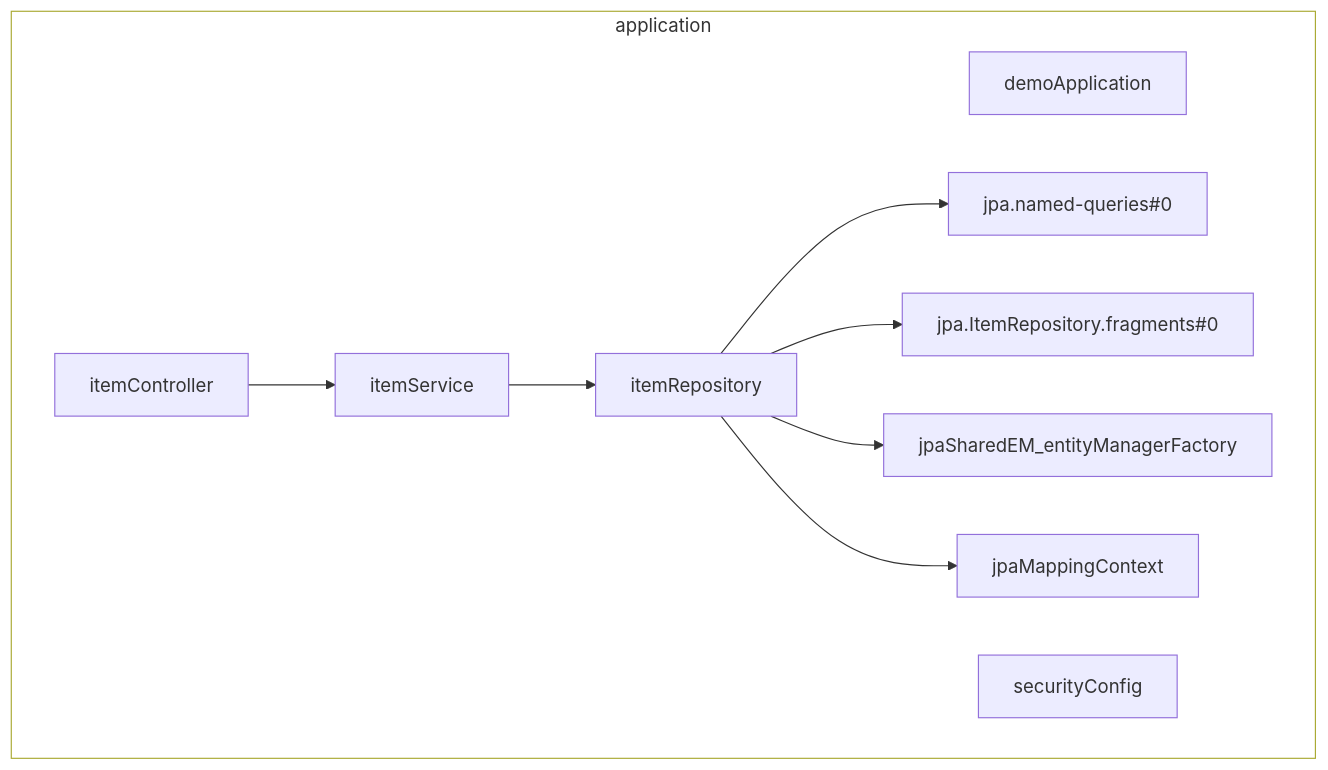
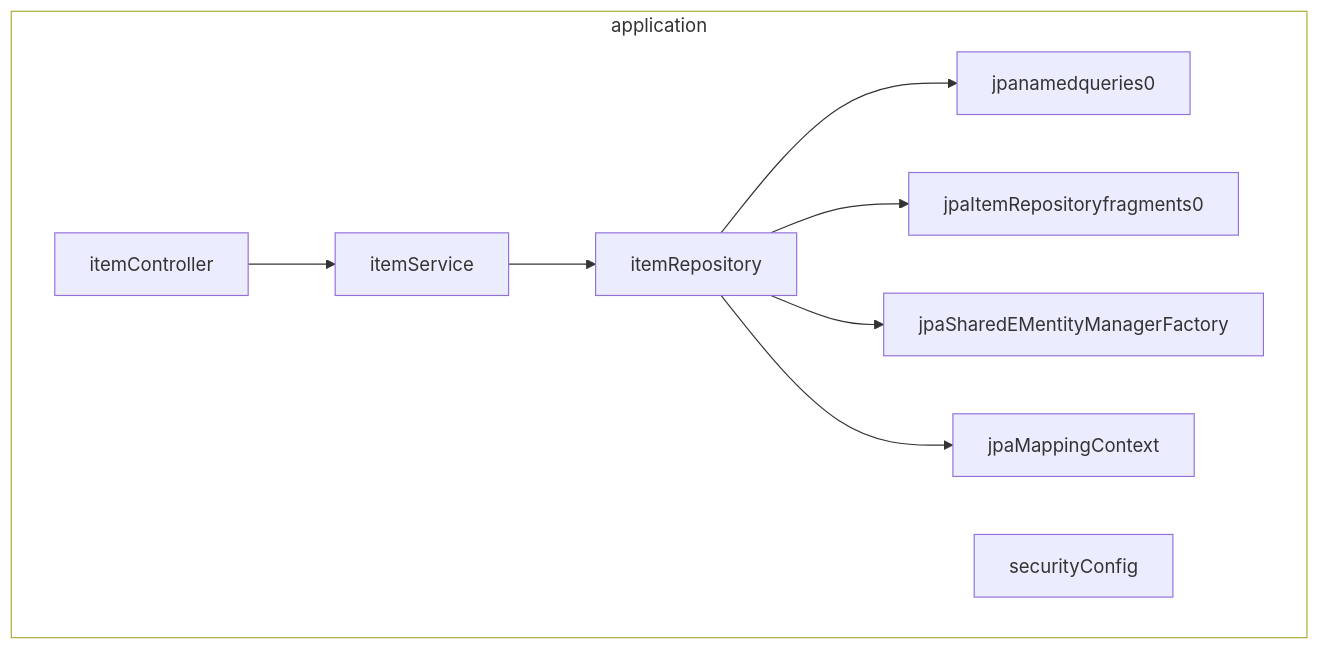
The diagram in README.md (rudsvar/mermaid-beans), drawn with Mermaid before and after one commit. The commit also changed 1 other file, not shown here.

Commit message:
Only keep alphanumeric characters

````diff
--- a/README.md
+++ b/README.md
@@ -5,18 +5,18 @@
 ```mermaid
 graph TD;
 classDef transparent fill:#0000
 subgraph application
-    demoApplication["demoApplication"]
-    itemController["itemController"]
+direction LR    demoApplication[demoApplication]
+    itemController[itemController]
     itemController --> itemService
-    itemRepository["itemRepository"]
-    itemRepository --> jpa.named-queries#0
-    itemRepository --> jpa.ItemRepository.fragments#0
-    itemRepository --> jpaSharedEM_entityManagerFactory
+    itemRepository[itemRepository]
+    itemRepository --> jpanamedqueries0
+    itemRepository --> jpaItemRepositoryfragments0
+    itemRepository --> jpaSharedEMentityManagerFactory
     itemRepository --> jpaMappingContext
-    itemService["itemService"]
+    itemService[itemService]
     itemService --> itemRepository
-    securityConfig["securityConfig"]
+    securityConfig[securityConfig]
 end
 class application transparent
 ```
````
